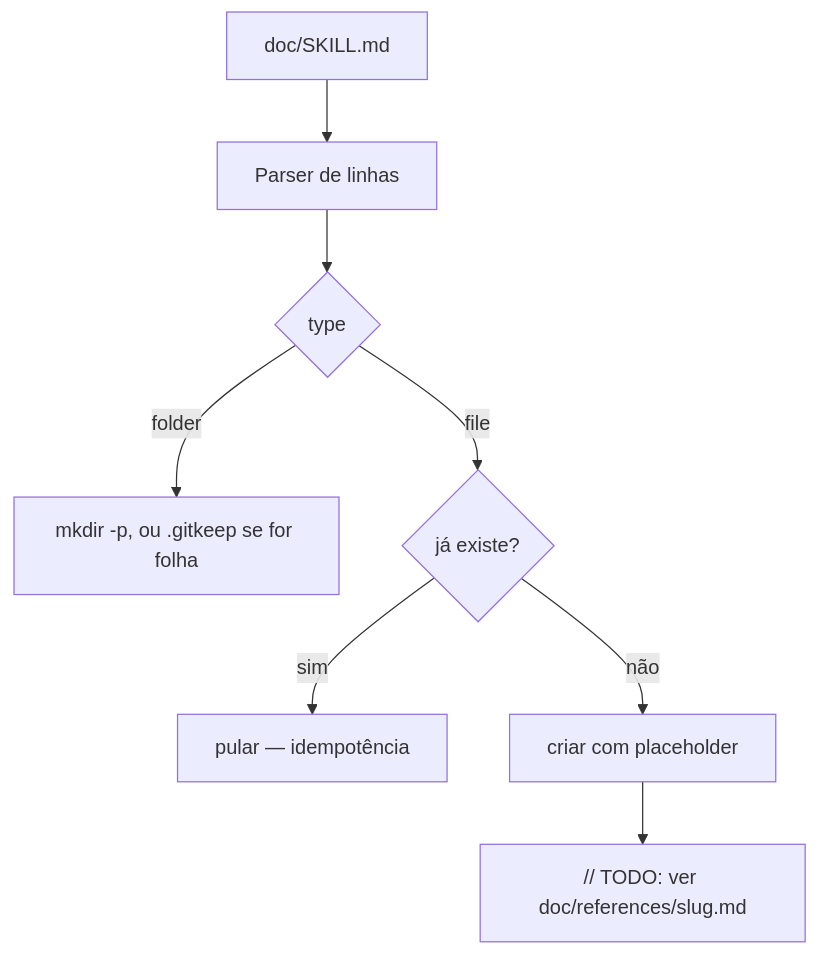
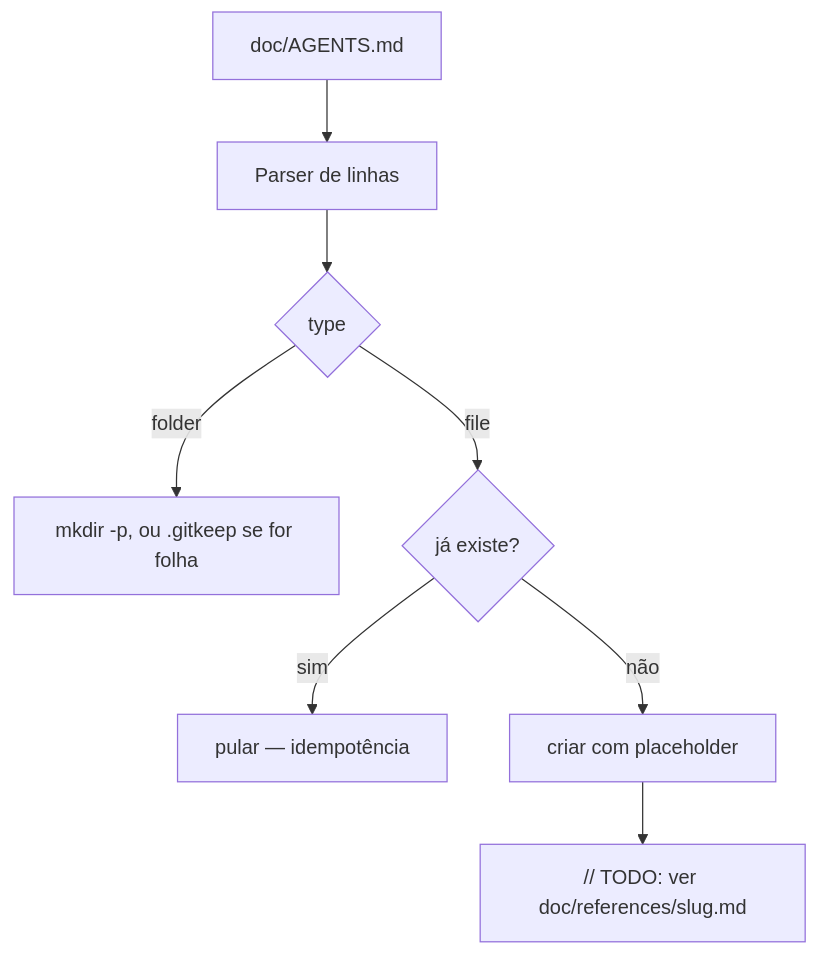
Before and after one commit to Amarildo-correa/doc: the diagram in plugins/promptdown-docs/skills/promptdown-docs/references/specs-features-repo-scaffolding-design.md, drawn with Mermaid. The commit also changed other lines of this file and 7 other files, not shown here.

First line of the commit message:
docs: renomeia doc/SKILL.md para doc/AGENTS.md

````diff
--- a/plugins/promptdown-docs/skills/promptdown-docs/references/specs-features-repo-scaffolding-design.md
+++ b/plugins/promptdown-docs/skills/promptdown-docs/references/specs-features-repo-scaffolding-design.md
@@ -39,10 +39,10 @@
 ```mermaid
 graph TD
-    A[doc/SKILL.md] --> B[Parser de linhas]
+    A[doc/AGENTS.md] --> B[Parser de linhas]
     B --> C{type}
     C -->|folder| D[mkdir -p, ou .gitkeep se for folha]
     C -->|file| E{já existe?}
     E -->|sim| F[pular — idempotência]
     E -->|não| G[criar com placeholder]
     G --> H["// TODO: ver doc/references/slug.md"]
 ```
````
